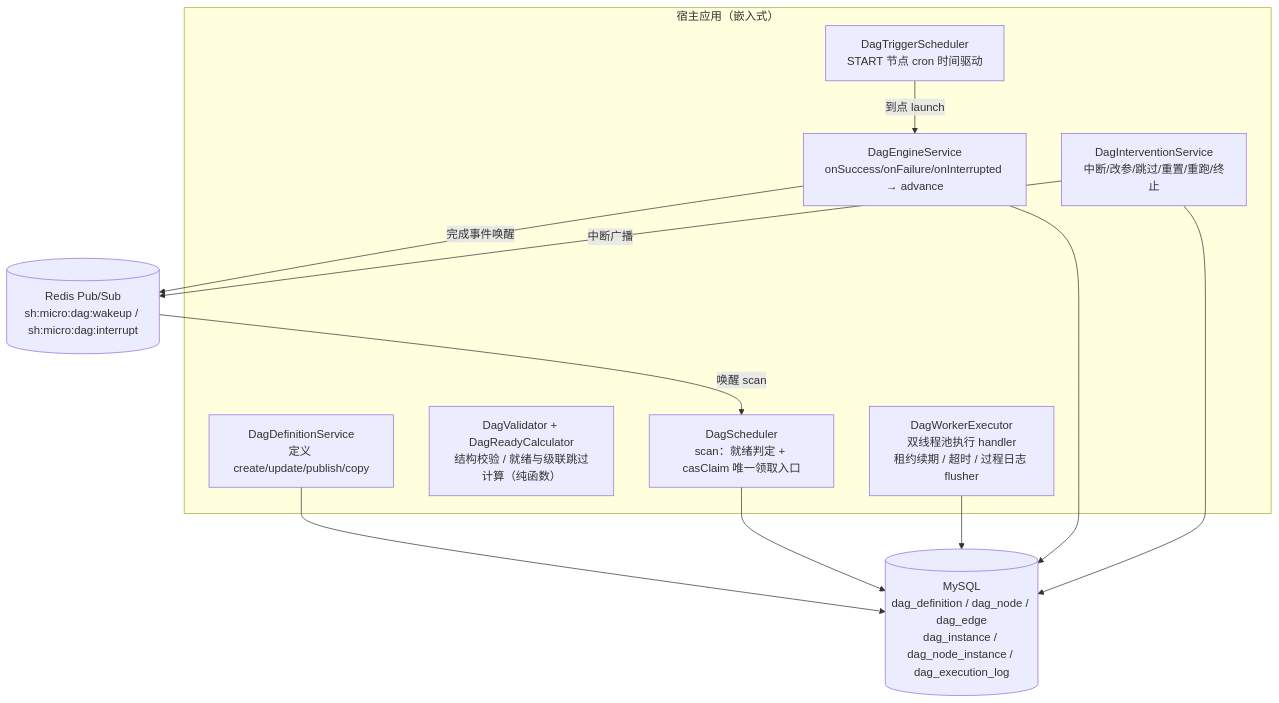
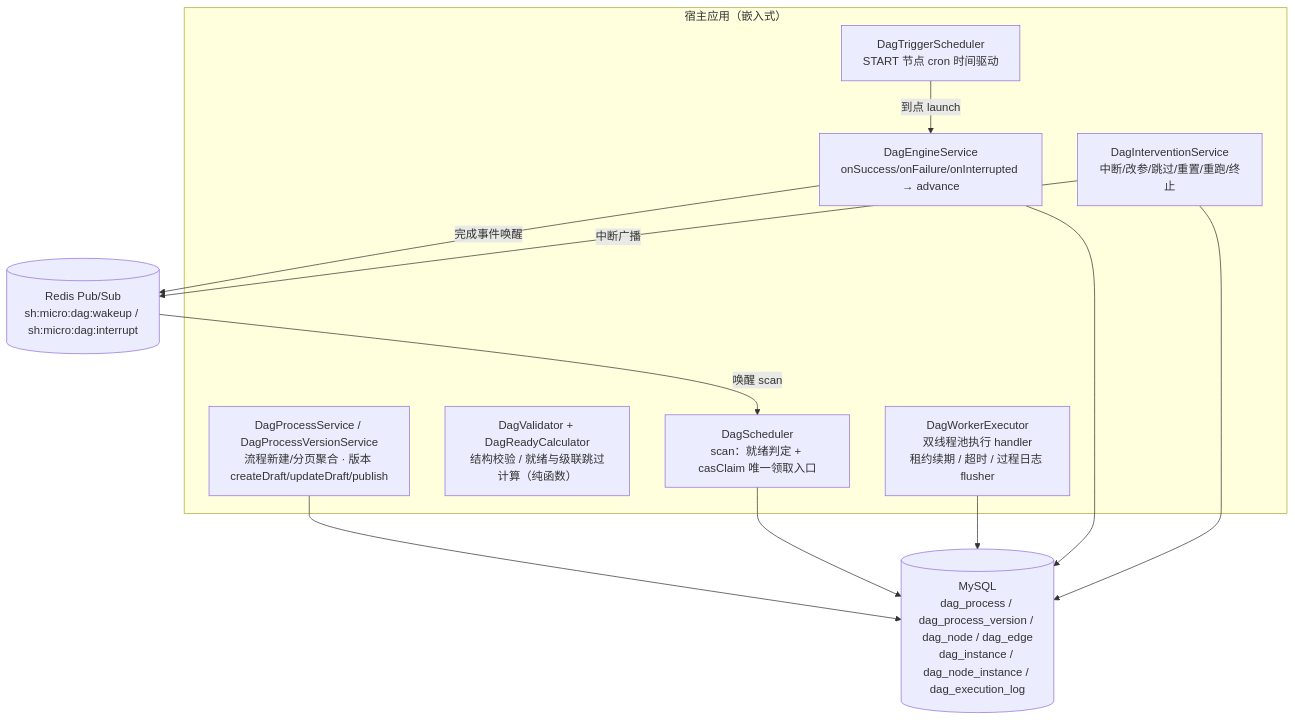
The first of 3 diagrams in docs/micro/micro-dag/design.md (shrimp-group/sh-doc), drawn with Mermaid before and after one commit. The commit also changed other lines of this file and 4 other files, not shown here.

````diff
--- a/docs/micro/micro-dag/design.md
+++ b/docs/micro/micro-dag/design.md
@@ -9,23 +9,23 @@
 ```mermaid
 flowchart TB
     subgraph HOST["宿主应用（嵌入式）"]
-        DEF["DagDefinitionService<br/>定义 create/update/publish/copy"]
+        DEF["DagProcessService / DagProcessVersionService<br/>流程新建/分页聚合 · 版本 createDraft/updateDraft/publish"]
         VAL["DagValidator + DagReadyCalculator<br/>结构校验 / 就绪与级联跳过计算（纯函数）"]
         SCH["DagScheduler<br/>scan：就绪判定 + casClaim 唯一领取入口"]
         WRK["DagWorkerExecutor<br/>双线程池执行 handler<br/>租约续期 / 超时 / 过程日志 flusher"]
         ENG["DagEngineService<br/>onSuccess/onFailure/onInterrupted → advance"]
         INT["DagInterventionService<br/>中断/改参/跳过/重置/重跑/终止"]
         TRG["DagTriggerScheduler<br/>START 节点 cron 时间驱动"]
     end
-    DB[("MySQL<br/>dag_definition / dag_node / dag_edge<br/>dag_instance / dag_node_instance / dag_execution_log")]
+    DB[("MySQL<br/>dag_process / dag_process_version / dag_node / dag_edge<br/>dag_instance / dag_node_instance / dag_execution_log")]
     RD[("Redis Pub/Sub<br/>sh:micro:dag:wakeup / sh:micro:dag:interrupt")]
     DEF --> DB
     SCH --> DB
     WRK --> DB
     ENG --> DB
     INT --> DB
     ENG -->|"完成事件唤醒"| RD
     RD -->|"唤醒 scan"| SCH
     INT -->|"中断广播"| RD
     TRG -->|"到点 launch"| ENG
 ```
````
